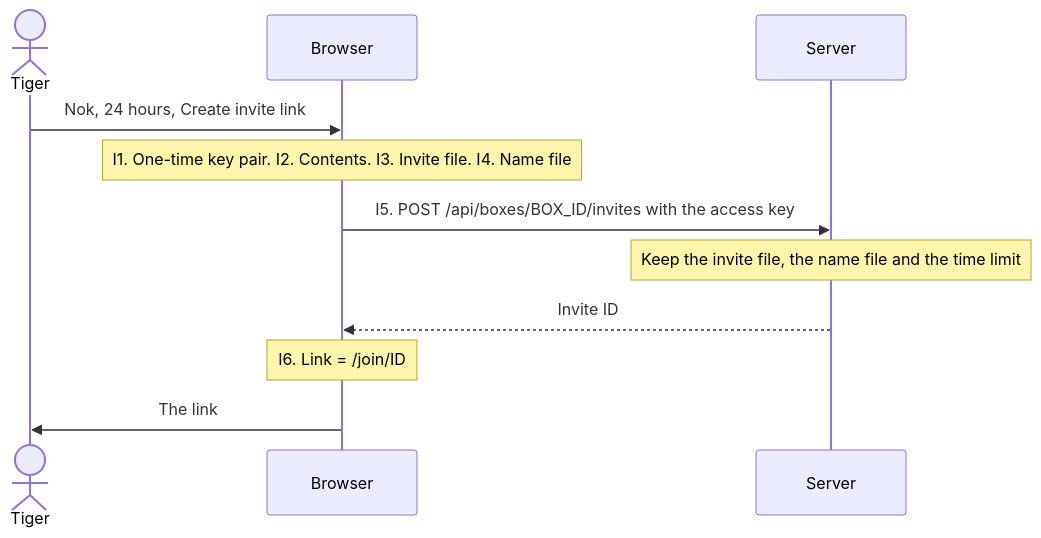
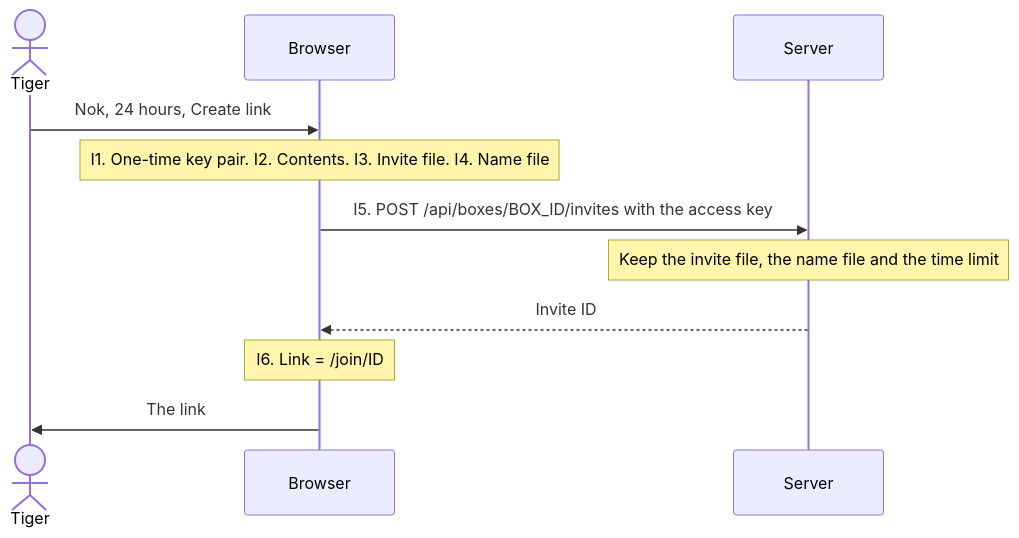
Before and after one commit to intaniger/secretbox: the first of 2 diagrams in docs/04-create-invite.md, drawn with Mermaid. The commit also changed other lines of this file and 7 other files, not shown here.

````diff
--- a/docs/04-create-invite.md
+++ b/docs/04-create-invite.md
@@ -30,13 +30,13 @@
 ```mermaid
 sequenceDiagram
   actor T as Tiger
   participant B as Browser
   participant S as Server
-  T->>B: Nok, 24 hours, Create invite link
+  T->>B: Nok, 24 hours, Create link
   Note over B: I1. One-time key pair. I2. Contents. I3. Invite file. I4. Name file
   B->>S: I5. POST /api/boxes/BOX_ID/invites with the access key
   Note over S: Keep the invite file, the name file and the time limit
   S-->>B: Invite ID
   Note over B: I6. Link = /join/ID#one-time private key
   B->>T: The link
 ```
````
